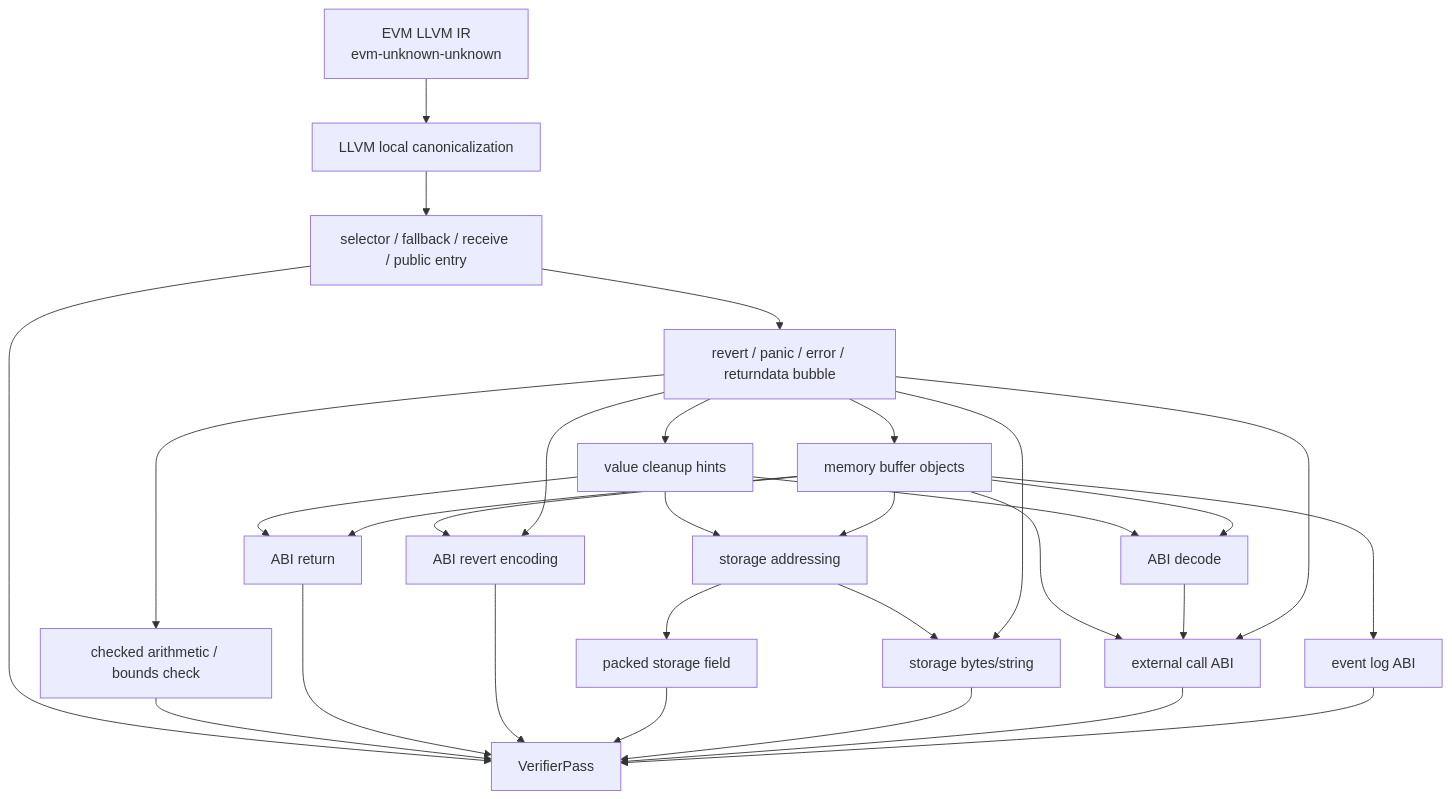
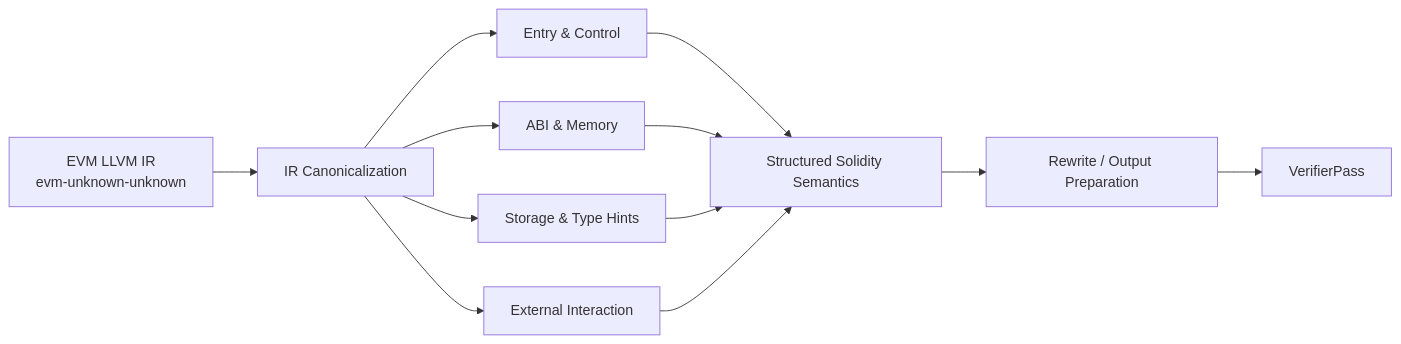
One commit to NotDec/NotDec changed the diagram in logs/20260522-01-Evm2llvmSolidityPassOrderingPlan.md. Above: the diagram before and after it, drawn with Mermaid. The commit also changed other lines of this file and 1 other file, not shown here.

Commit message:
docs: reorganize EVM pass plan and payability rewrite

````diff
--- a/logs/20260522-01-Evm2llvmSolidityPassOrderingPlan.md
+++ b/logs/20260522-01-Evm2llvmSolidityPassOrderingPlan.md
@@ -88,38 +86,16 @@
 ```mermaid
-flowchart TD
-  A[EVM LLVM IR<br/>evm-unknown-unknown] --> B[LLVM local canonicalization]
+flowchart LR
+  A[EVM LLVM IR<br/>evm-unknown-unknown] --> B[IR Canonicalization]
+  B --> C[Entry & Control]
+  B --> D[ABI & Memory]
+  B --> E[Storage & Type Hints]
+  B --> F[External Interaction]
 
-  B --> C[selector / fallback / receive / public entry]
-  C --> D[revert / panic / error / returndata bubble]
+  C --> G[Structured Solidity Semantics]
+  D --> G
+  E --> G
+  F --> G
 
-  D --> E[value cleanup hints]
-  D --> F[memory buffer objects]
-  E --> G[ABI decode]
-  F --> G
-  E --> H[ABI return]
-  F --> H
-  D --> I[checked arithmetic / bounds check]
-
-  F --> J[ABI revert encoding]
-  D --> J
-
-  E --> K[storage addressing]
-  F --> K
-  K --> L[packed storage field]
-  K --> M[storage bytes/string]
-  D --> M
-
-  F --> N[external call ABI]
-  G --> N
-  D --> N
-  F --> O[event log ABI]
-
-  C --> Q[VerifierPass]
-  I --> Q
-  H --> Q
-  J --> Q
-  L --> Q
-  M --> Q
-  N --> Q
-  O --> Q
+  G --> H[Rewrite / Output Preparation]
+  H --> I[VerifierPass]
 ```
````
